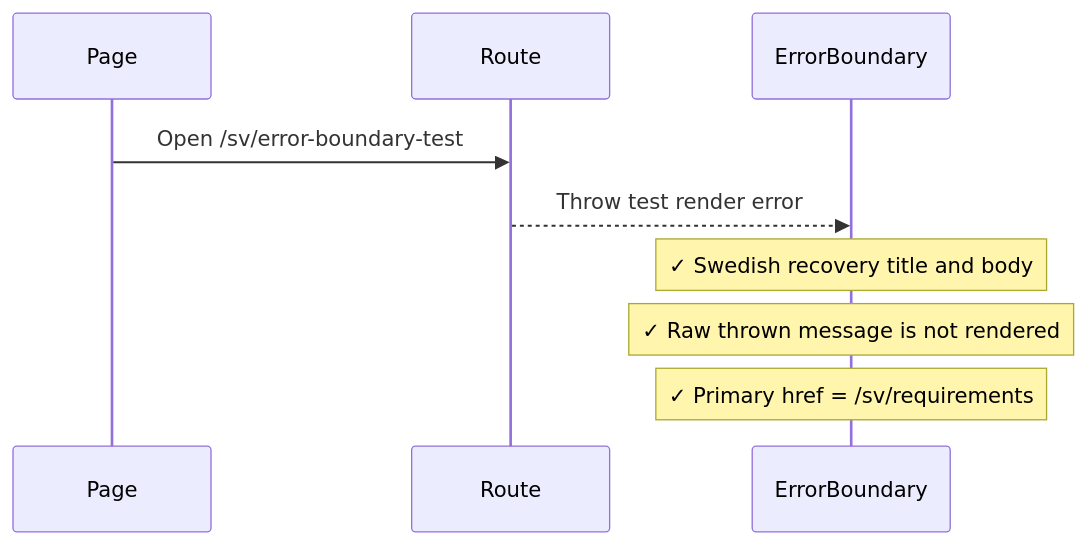
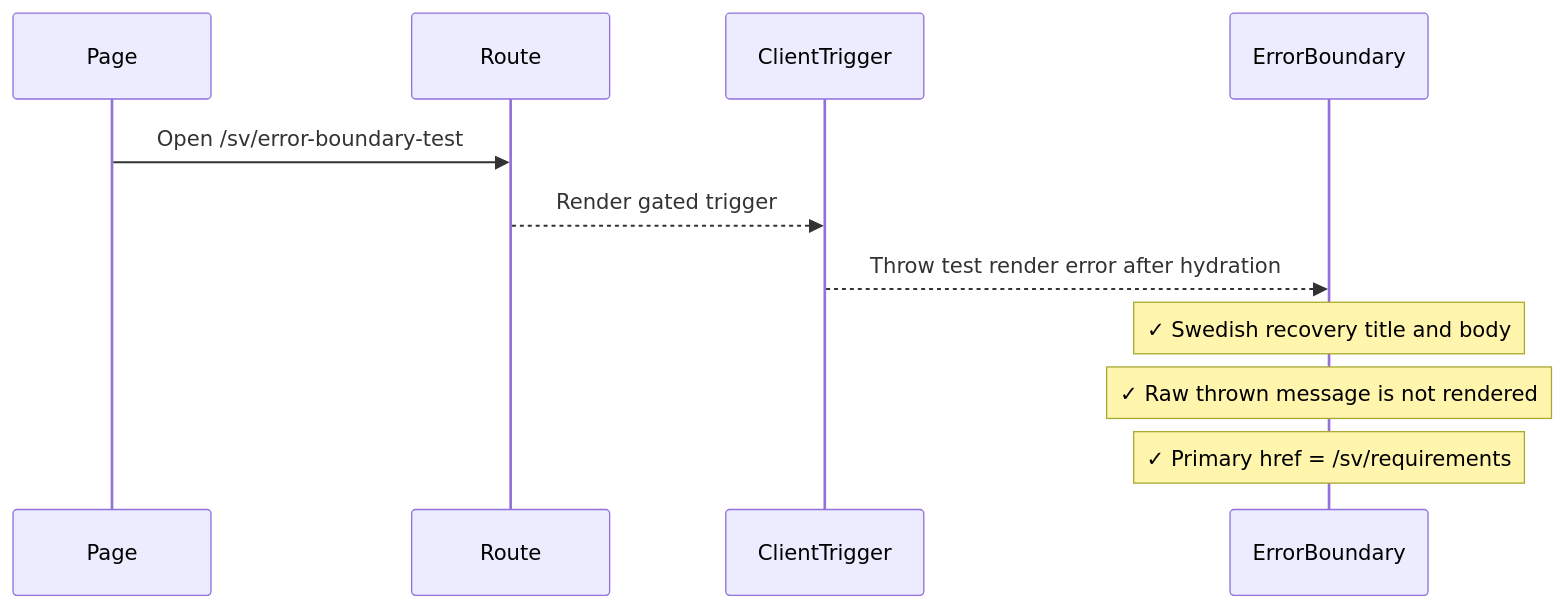
One commit to viscalyx/Kravhantering changed the second of 3 diagrams in tests/integration/error-boundary-smoke.md. Above: the diagram before and after it, drawn with Mermaid. The commit also changed other lines of this file and 165 other files, not shown here.

````diff
--- a/tests/integration/error-boundary-smoke.md
+++ b/tests/integration/error-boundary-smoke.md
@@ -61,12 +65,14 @@
 ```mermaid
 sequenceDiagram
     participant P as Page
     participant R as Route
+    participant C as ClientTrigger
     participant E as ErrorBoundary
 
     P->>R: Open /sv/error-boundary-test
-    R-->>E: Throw test render error
+    R-->>C: Render gated trigger
+    C-->>E: Throw test render error after hydration
     Note over E: ✓ Swedish recovery title and body
     Note over E: ✓ Raw thrown message is not rendered
     Note over E: ✓ Primary href = /sv/requirements
 ```
````
